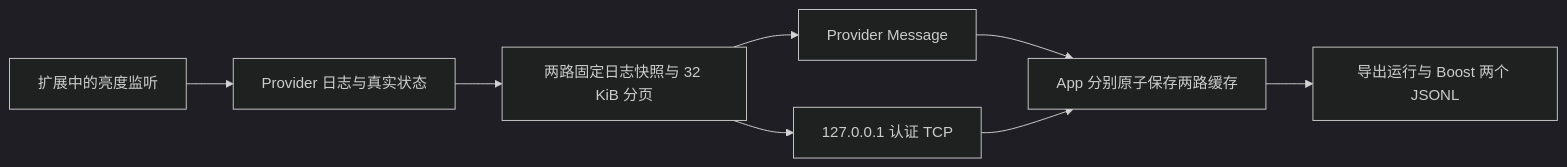
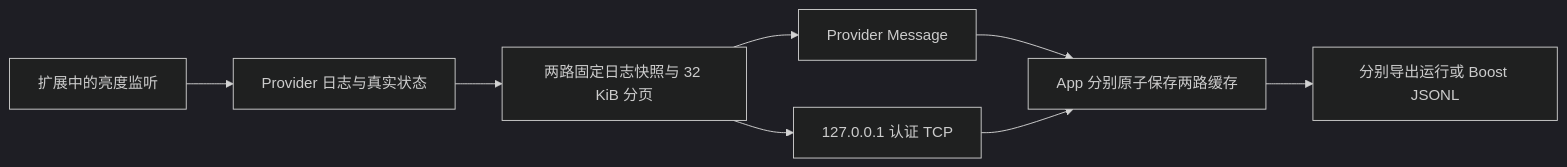
The diagram in docs/LOG_TRANSPORT.md (CodeBH0/AutoDarkShift), drawn with Mermaid (dark theme) before and after one commit. The commit also changed other lines of this file and 12 other files, not shown here.

````diff
--- a/docs/LOG_TRANSPORT.md
+++ b/docs/LOG_TRANSPORT.md
@@ -17,10 +17,10 @@
 ```mermaid
 flowchart LR
     M[扩展中的亮度监听] --> S[Provider 日志与真实状态]
     S --> P[两路固定日志快照与 32 KiB 分页]
     P --> N[Provider Message]
     P --> L[127.0.0.1 认证 TCP]
     N --> C[App 分别原子保存两路缓存]
     L --> C
-    C --> E[导出运行与 Boost 两个 JSONL]
+    C --> E[分别导出运行或 Boost JSONL]
 ```
````
